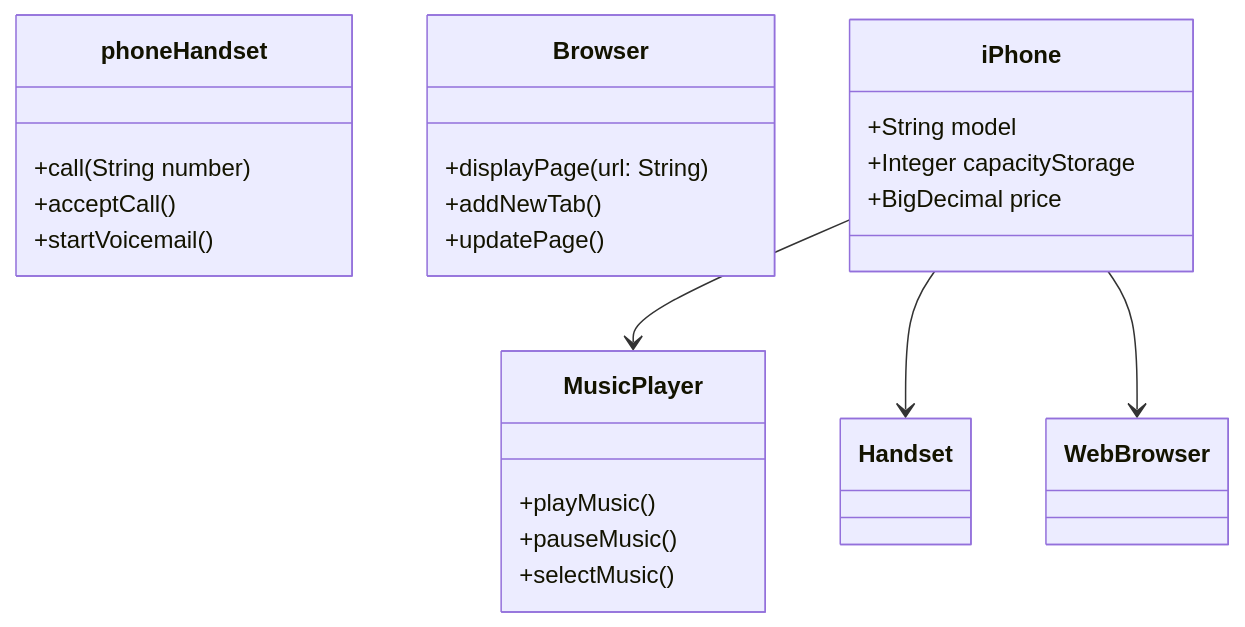
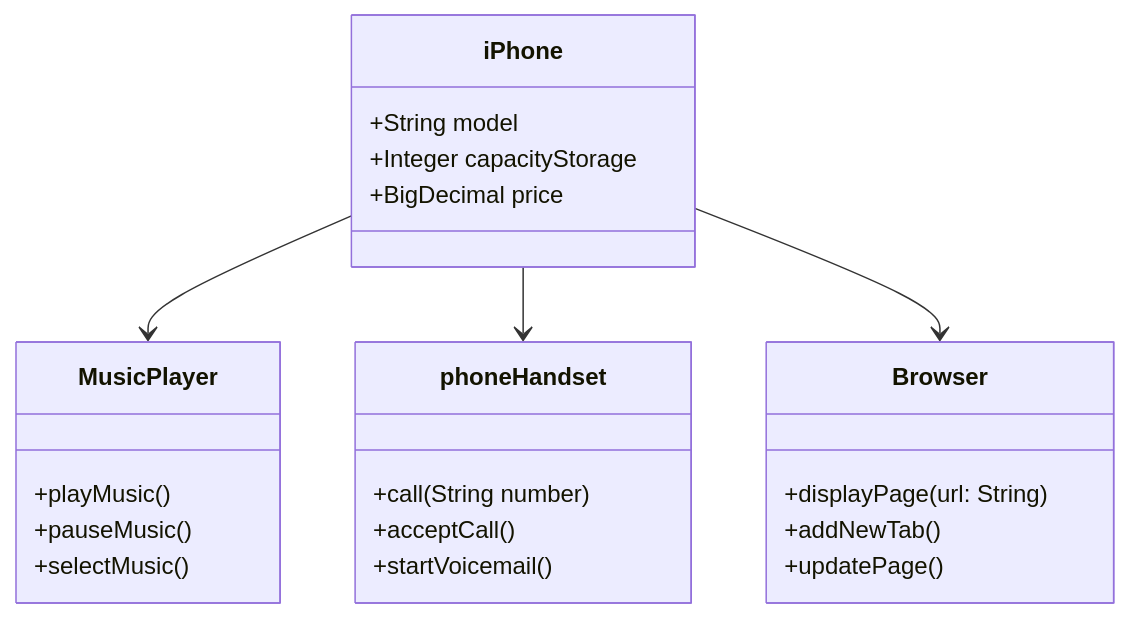
Before and after one commit to CaioAntonioJava/desafio-dio-iphone-uml: the diagram in README.en.md, drawn with Mermaid.

````diff
--- a/README.en.md
+++ b/README.en.md
@@ -33,31 +33,31 @@
 ```mermaid
 classDiagram
  class MusicPlayer {
         +playMusic()
         +pauseMusic()
         +selectMusic()
  }
 
     class phoneHandset {
         +call(String number)
         +acceptCall()
         +startVoicemail()
  }
 
     class Browser {
         +displayPage(url: String)
         +addNewTab()
         +updatePage()
  }
 
     class iPhone {
         +String model
         +Integer capacityStorage
         +BigDecimal price
  }
 
 
-iPhone --> Music Player
-iPhone --> Handset
-iPhone --> Web Browser
+iPhone --> MusicPlayer
+iPhone --> phoneHandset
+iPhone --> Browser
 ```
````
